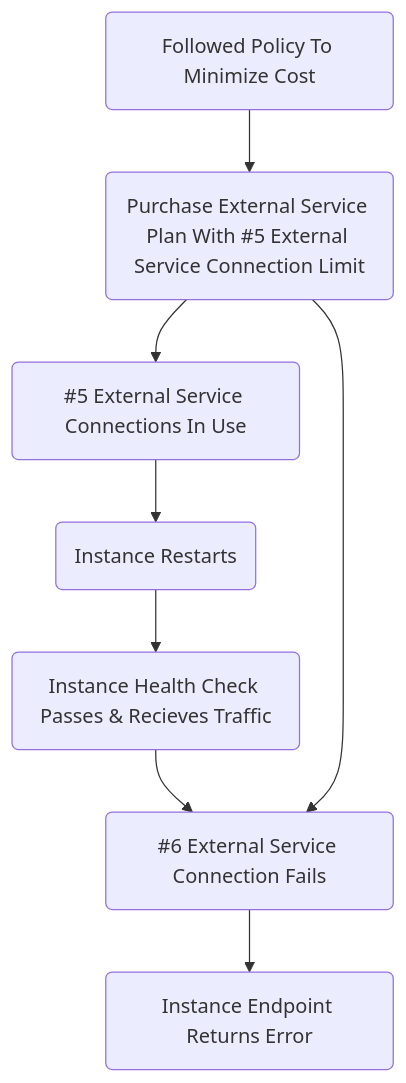
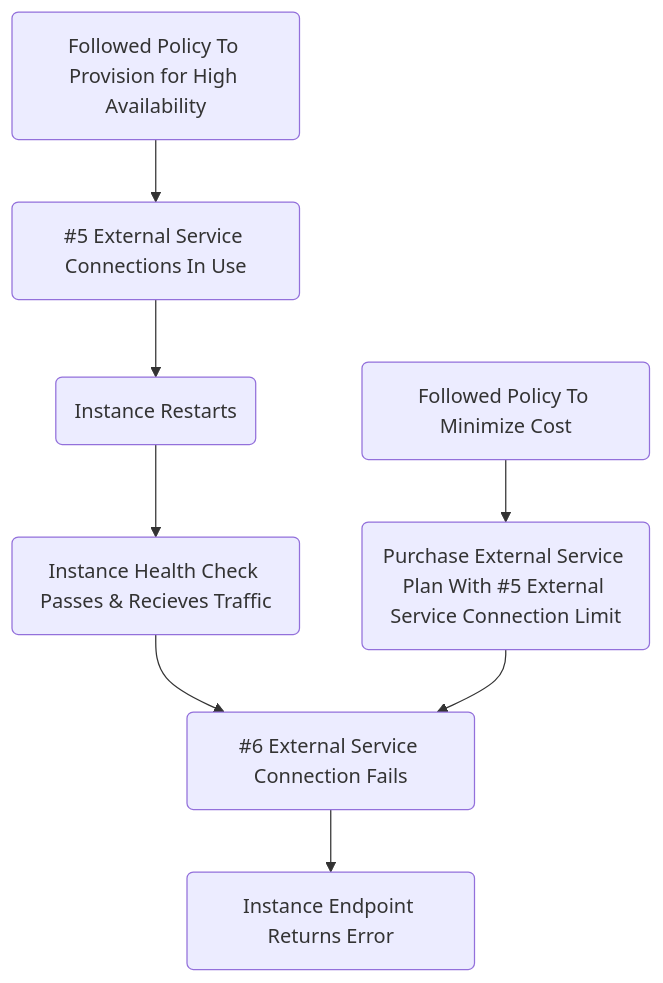
One commit to Cori1109/Cori1109.github.io changed the diagram in content/post/causal-diagrams.md. Above: the diagram before and after it, drawn with Mermaid.

````diff
--- a/content/post/causal-diagrams.md
+++ b/content/post/causal-diagrams.md
@@ -18,15 +18,16 @@
 ```mermaid
 graph TD
   A(Instance Restarts)
   B(Instance Health Check Passes & Recieves Traffic)
   C(#6 External Service Connection Fails)
   D(Instance Endpoint Returns Error)
   E(Purchase External Service Plan With #5 External Service Connection Limit)
   F(#5 External Service Connections In Use)
   G(Followed Policy To Minimize Cost)
+  H(Followed Policy To Provision for High Availability)
   
   A --> B --> C --> D
   G --> E --> C
-  E --> F
+  H --> F
   F --> A
 ```
````
